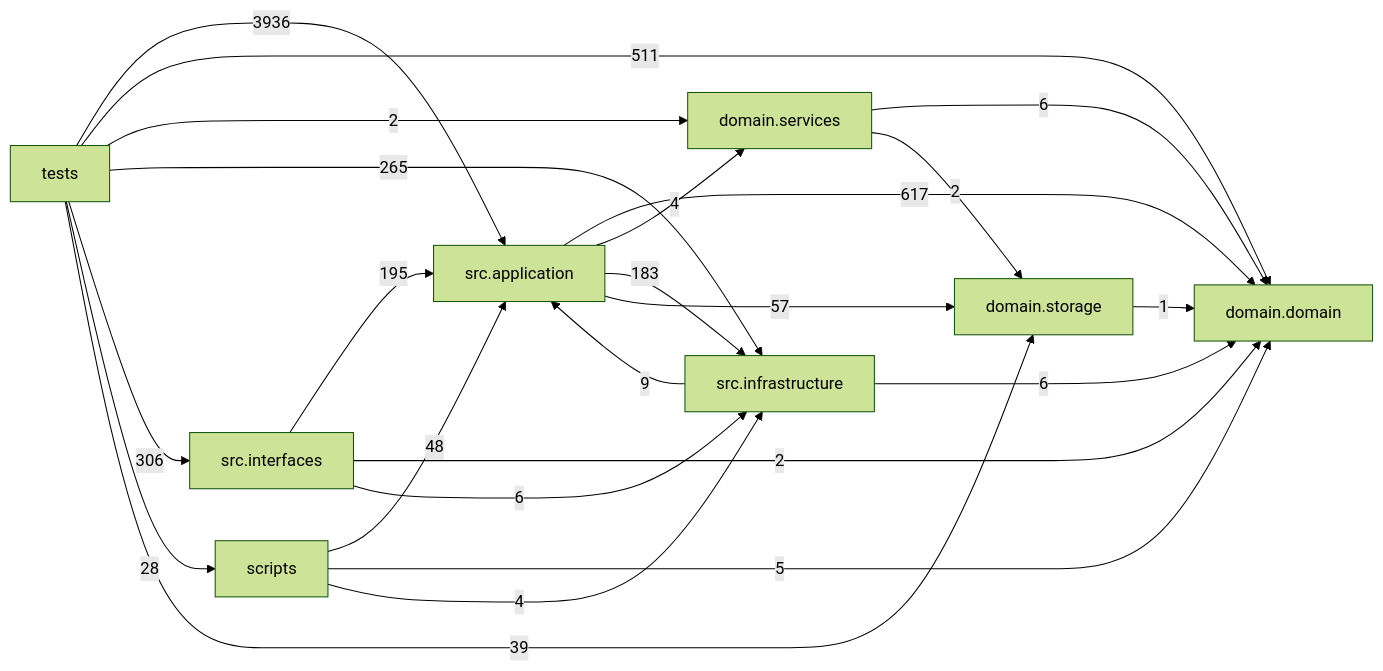
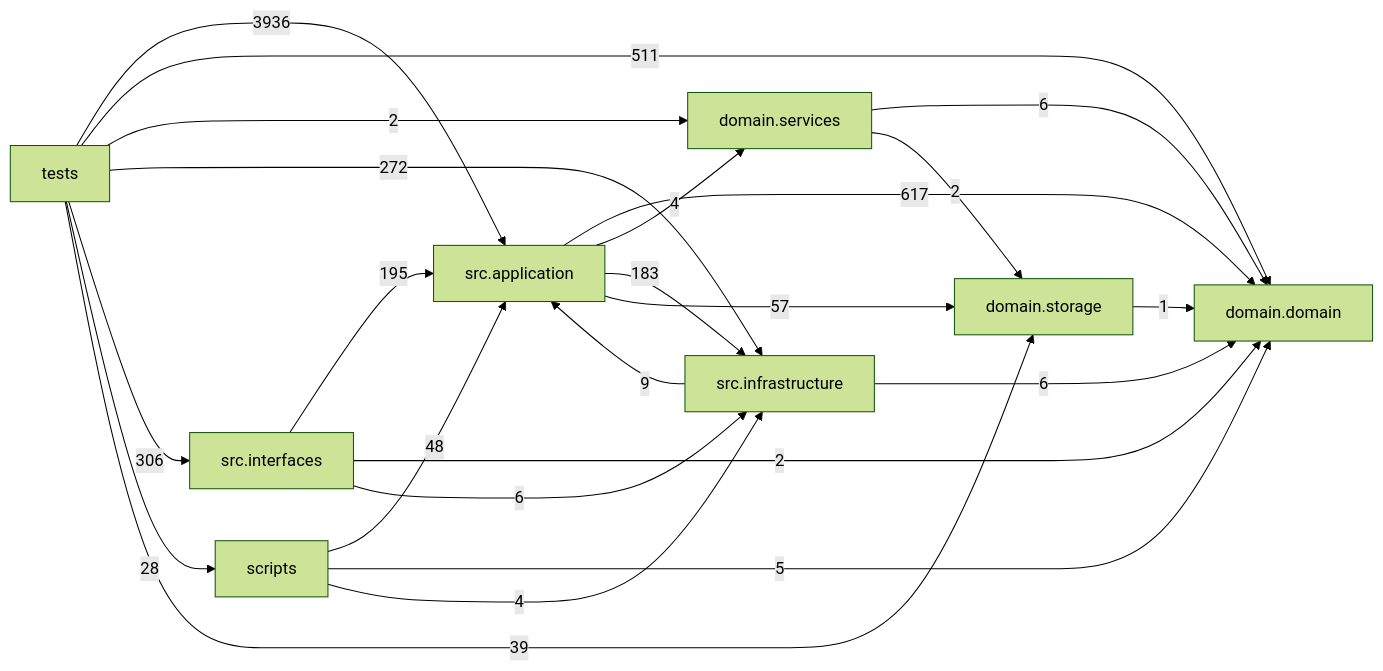
One commit to liuxie066/options-monitor changed the diagram in docs/DEPENDENCY_GRAPH.md. Above: the diagram before and after it, drawn with Mermaid (forest theme). The commit also changed other lines of this file and 10 other files, not shown here.

````diff
--- a/docs/DEPENDENCY_GRAPH.md
+++ b/docs/DEPENDENCY_GRAPH.md
@@ -24,33 +24,33 @@
 ```mermaid
 flowchart LR
   tests["tests"]
   scripts["scripts"]
   interfaces["src.interfaces"]
   application["src.application"]
   infrastructure["src.infrastructure"]
   domain_services["domain.services"]
   domain["domain.domain"]
   storage["domain.storage"]
   application -->|617| domain
   application -->|4| domain_services
   application -->|183| infrastructure
   application -->|57| storage
   domain_services -->|6| domain
   domain_services -->|2| storage
   infrastructure -->|9| application
   infrastructure -->|6| domain
   interfaces -->|195| application
   interfaces -->|2| domain
   interfaces -->|6| infrastructure
   scripts -->|48| application
   scripts -->|5| domain
   scripts -->|4| infrastructure
   storage -->|1| domain
   tests -->|3936| application
   tests -->|511| domain
   tests -->|2| domain_services
-  tests -->|265| infrastructure
+  tests -->|272| infrastructure
   tests -->|306| interfaces
   tests -->|28| scripts
   tests -->|39| storage
 ```
````
